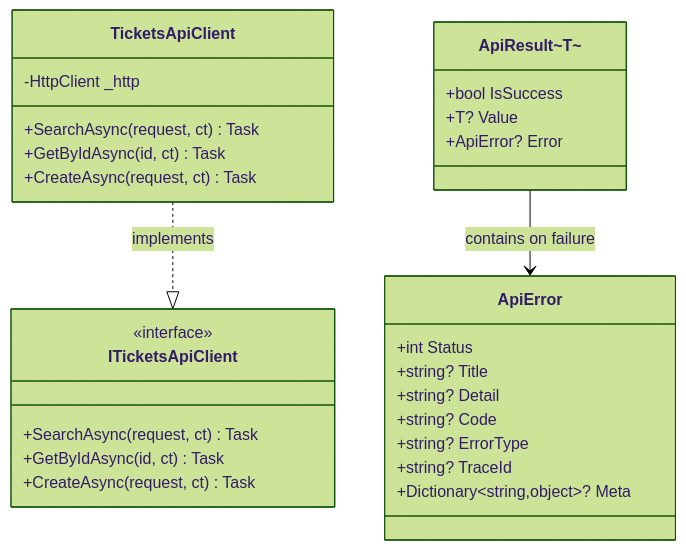
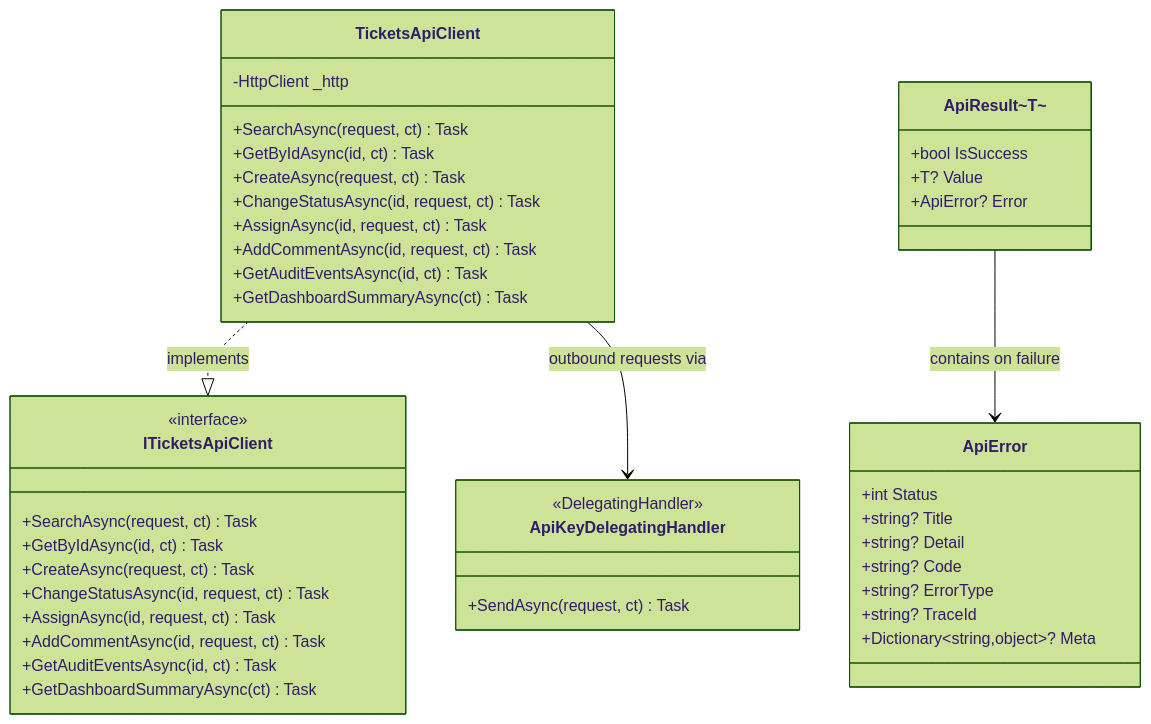
One commit to goldbarth/ServiceDeskLite changed the diagram in docs/diagrams/client-api-result-types.mmd. Above: the diagram before and after it, drawn with Mermaid (forest theme). The commit also changed 25 other files, not shown here.

Commit message:
docs: sync documentation and diagrams with Milestone 3 (#122)

```diff
--- a/docs/diagrams/client-api-result-types.mmd
+++ b/docs/diagrams/client-api-result-types.mmd
@@ -1,30 +1,45 @@
 classDiagram
     class ITicketsApiClient {
         <<interface>>
         +SearchAsync(request, ct) Task
         +GetByIdAsync(id, ct) Task
         +CreateAsync(request, ct) Task
+        +ChangeStatusAsync(id, request, ct) Task
+        +AssignAsync(id, request, ct) Task
+        +AddCommentAsync(id, request, ct) Task
+        +GetAuditEventsAsync(id, ct) Task
+        +GetDashboardSummaryAsync(ct) Task
     }
     class TicketsApiClient {
         -HttpClient _http
         +SearchAsync(request, ct) Task
         +GetByIdAsync(id, ct) Task
         +CreateAsync(request, ct) Task
+        +ChangeStatusAsync(id, request, ct) Task
+        +AssignAsync(id, request, ct) Task
+        +AddCommentAsync(id, request, ct) Task
+        +GetAuditEventsAsync(id, ct) Task
+        +GetDashboardSummaryAsync(ct) Task
     }
     class ApiResultT["ApiResult~T~"] {
         +bool IsSuccess
         +T? Value
         +ApiError? Error
     }
     class ApiError {
         +int Status
         +string? Title
         +string? Detail
         +string? Code
         +string? ErrorType
         +string? TraceId
         +Dictionary~string,object~? Meta
     }
+    class ApiKeyDelegatingHandler {
+        <<DelegatingHandler>>
+        +SendAsync(request, ct) Task
+    }
 
     TicketsApiClient ..|> ITicketsApiClient : implements
     ApiResultT --> ApiError : contains on failure
+    TicketsApiClient --> ApiKeyDelegatingHandler : outbound requests via
```
